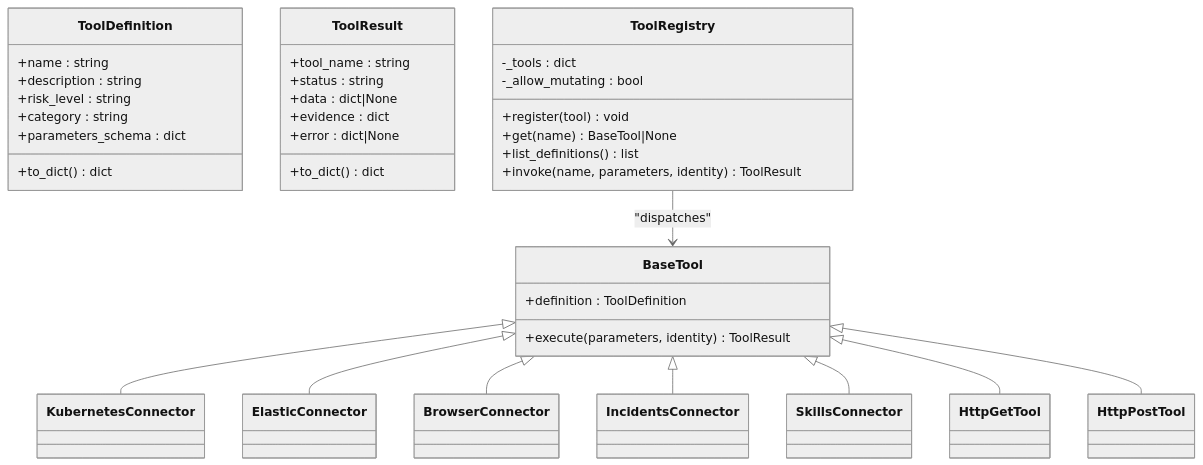
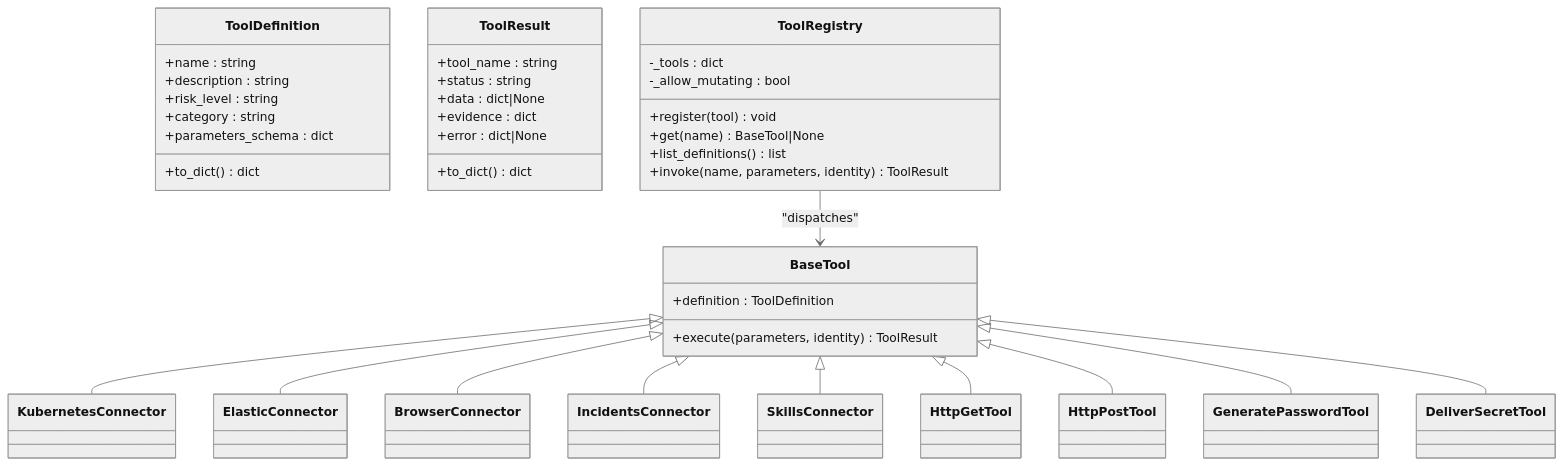
One commit to metasync/luban-aiops changed the third of 12 diagrams in .qoder/repowiki/en/content/Core Services/Tool Gateway/Tool Gateway.md. Above: the diagram before and after it, drawn with Mermaid (neutral theme). The commit also changed other lines of this file and 56 other files, not shown here.

````diff
--- a/.qoder/repowiki/en/content/Core Services/Tool Gateway/Tool Gateway.md
+++ b/.qoder/repowiki/en/content/Core Services/Tool Gateway/Tool Gateway.md
@@ -173,39 +191,41 @@
 ```mermaid
 classDiagram
 class BaseTool {
 +definition : ToolDefinition
 +execute(parameters, identity) ToolResult
 }
 class ToolDefinition {
 +name : string
 +description : string
 +risk_level : string
 +category : string
 +parameters_schema : dict
 +to_dict() dict
 }
 class ToolResult {
 +tool_name : string
 +status : string
 +data : dict|None
 +evidence : dict
 +error : dict|None
 +to_dict() dict
 }
 class ToolRegistry {
 -_tools : dict
 -_allow_mutating : bool
 +register(tool) void
 +get(name) BaseTool|None
 +list_definitions() list
 +invoke(name, parameters, identity) ToolResult
 }
 BaseTool <|-- KubernetesConnector
 BaseTool <|-- ElasticConnector
 BaseTool <|-- BrowserConnector
 BaseTool <|-- IncidentsConnector
 BaseTool <|-- SkillsConnector
 BaseTool <|-- HttpGetTool
 BaseTool <|-- HttpPostTool
+BaseTool <|-- GeneratePasswordTool
+BaseTool <|-- DeliverSecretTool
 ToolRegistry --> BaseTool : "dispatches"
 ```
````
